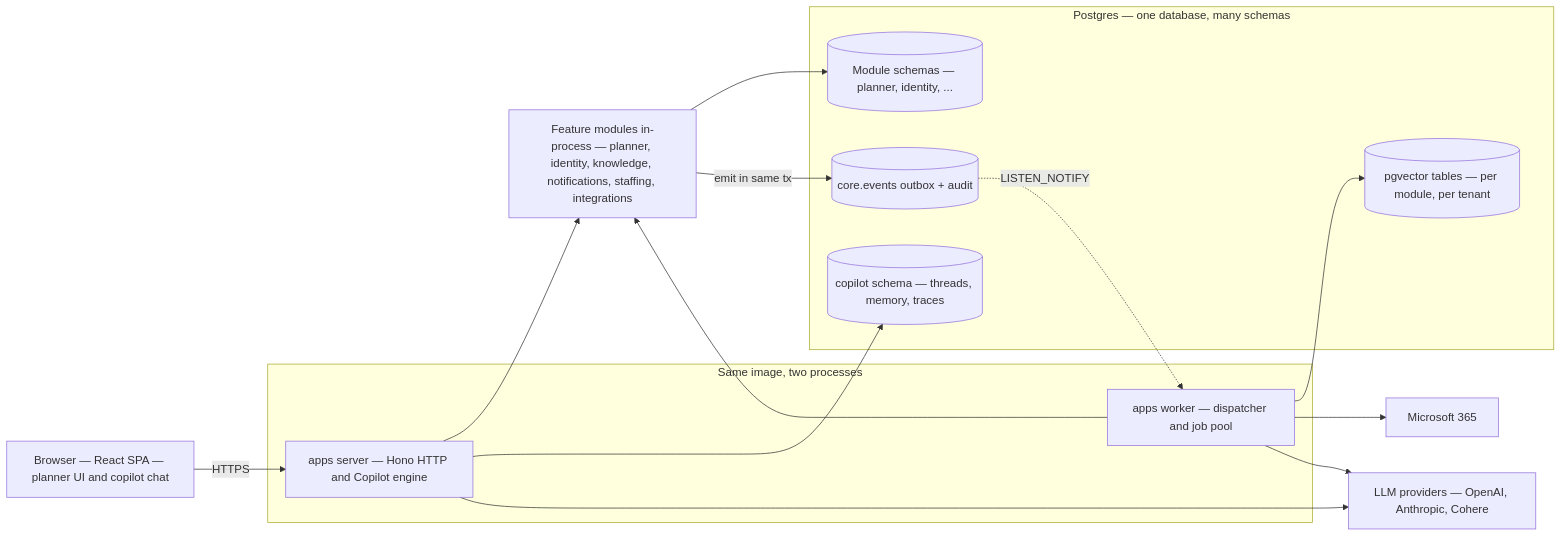
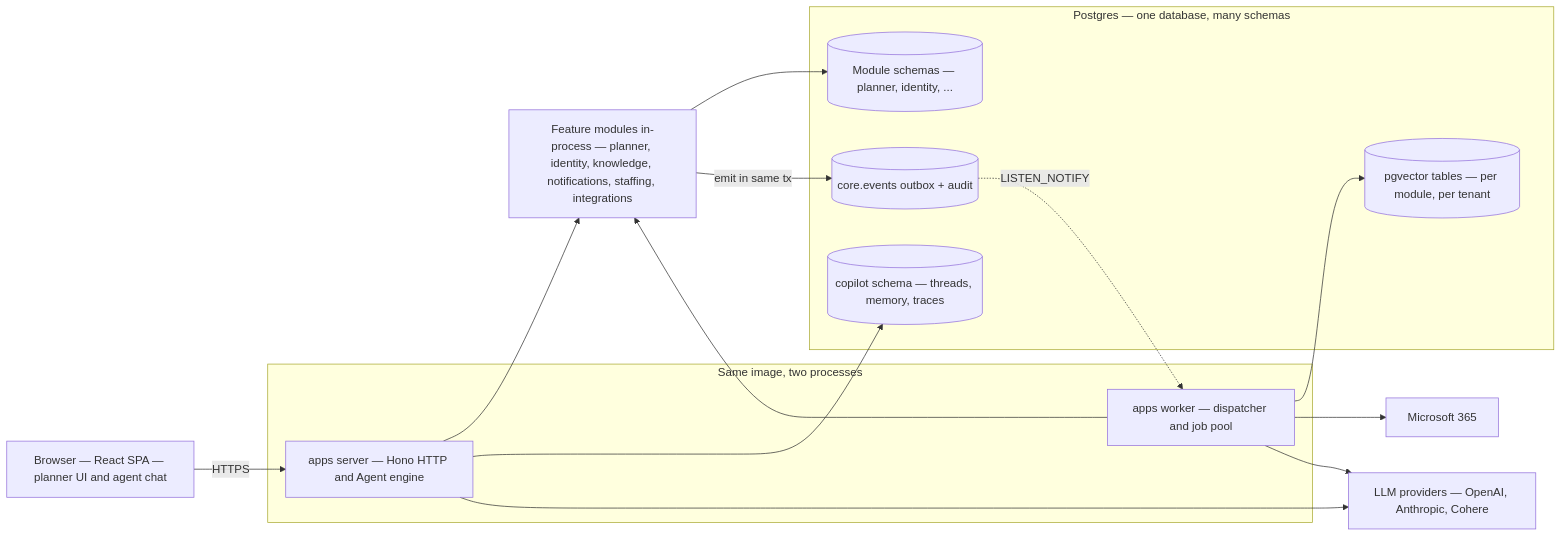
Before and after one commit to Seta-International/agent-platform: the first of 8 diagrams in docs/architecture.md, drawn with Mermaid. The commit also changed other lines of this file and 9 other files, not shown here.

Commit message:
docs: rename copilot → agent across architecture, hosting, and project docs

````diff
--- a/docs/architecture.md
+++ b/docs/architecture.md
@@ -13,33 +13,33 @@
 ```mermaid
 flowchart LR
-    Browser[Browser — React SPA — planner UI and copilot chat]
+    Browser[Browser — React SPA — planner UI and agent chat]
 
     subgraph Runtime[Same image, two processes]
-      Server[apps server — Hono HTTP and Copilot engine]
+      Server[apps server — Hono HTTP and Agent engine]
       Worker[apps worker — dispatcher and job pool]
     end
 
     Modules[Feature modules in-process — planner, identity, knowledge, notifications, staffing, integrations]
 
     subgraph PG[Postgres — one database, many schemas]
       ModSchemas[(Module schemas — planner, identity, ...)]
       Outbox[(core.events outbox + audit)]
       Vec[(pgvector tables — per module, per tenant)]
       Cop[(copilot schema — threads, memory, traces)]
     end
 
     LLM[LLM providers — OpenAI, Anthropic, Cohere]
     M365[Microsoft 365]
 
     Browser -->|HTTPS| Server
     Server --> Modules
     Modules --> ModSchemas
     Modules -->|emit in same tx| Outbox
     Outbox -.->|LISTEN_NOTIFY| Worker
     Worker --> Modules
     Worker --> Vec
     Worker --> M365
     Server --> Cop
     Server --> LLM
     Worker --> LLM
 ```
````
